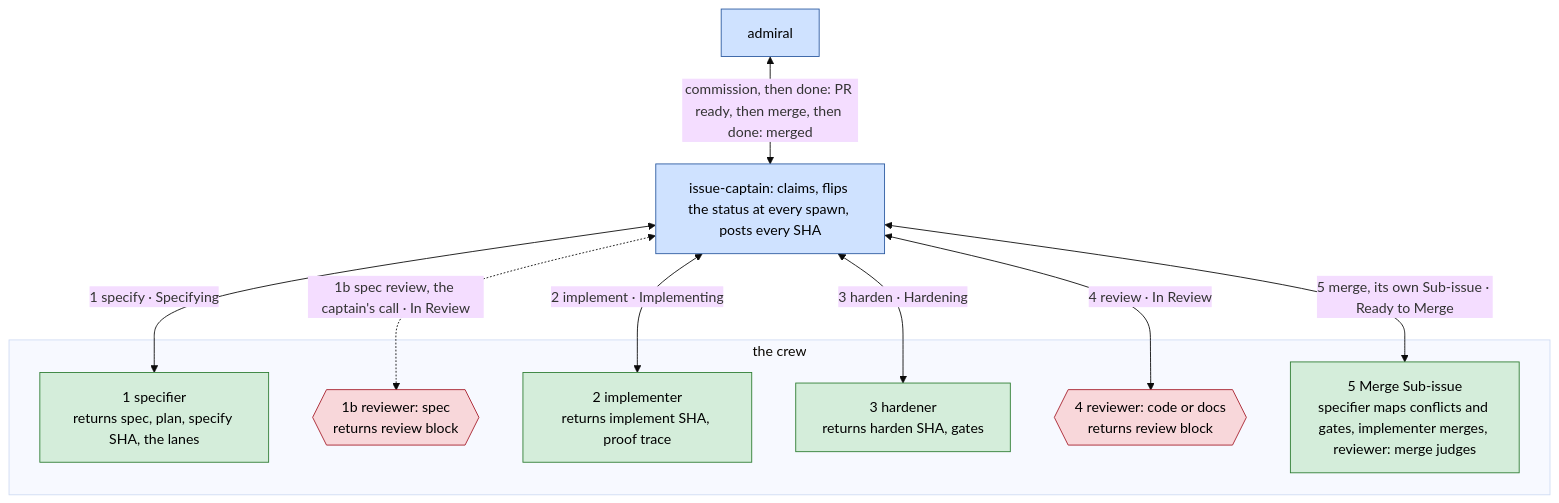
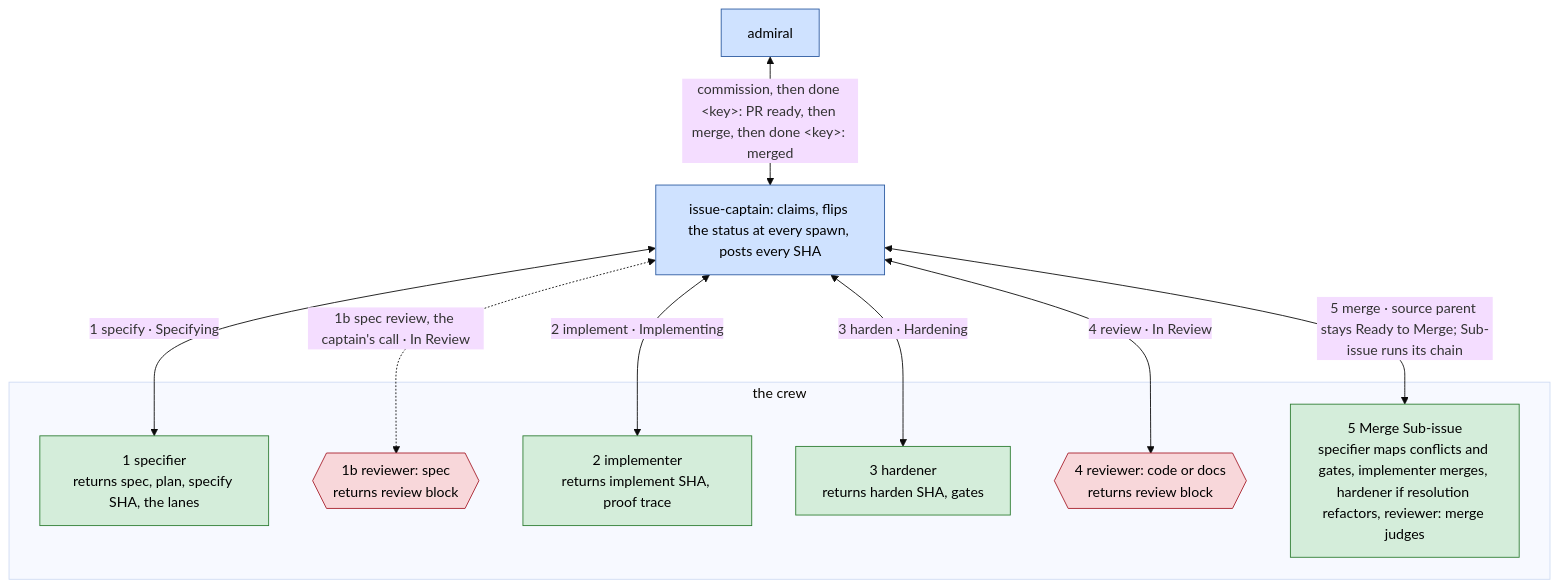
The second of 12 diagrams in dydo/understand/control-flow.md (bodnarbalazs/dydo), drawn with Mermaid (base theme) before and after one commit. The commit also changed other lines of this file and 15 other files, not shown here.

````diff
--- a/dydo/understand/control-flow.md
+++ b/dydo/understand/control-flow.md
@@ -127,22 +127,22 @@
 ```mermaid
 flowchart TD
   classDef hat fill:#cfe2ff,stroke:#2c5aa0,color:#000
   classDef worker fill:#d4edda,stroke:#2e7d32,color:#000
   classDef reviewer fill:#f8d7da,stroke:#a71d2a,color:#000
 
-  AD[admiral]:::hat <-->|"commission, then done: PR ready, then merge, then done: merged"| IC[issue-captain: claims, flips the status at every spawn, posts every SHA]:::hat
+  AD[admiral]:::hat <-->|"commission, then done &lt;key&gt;: PR ready, then merge, then done &lt;key&gt;: merged"| IC[issue-captain: claims, flips the status at every spawn, posts every SHA]:::hat
   IC <-->|"1 specify · Specifying"| SP
   IC <-.->|"1b spec review, the captain's call · In Review"| RS
   IC <-->|"2 implement · Implementing"| IM
   IC <-->|"3 harden · Hardening"| HD
   IC <-->|"4 review · In Review"| RC
-  IC <-->|"5 merge, its own Sub-issue · Ready to Merge"| MG
+  IC <-->|"5 merge · source parent stays Ready to Merge; Sub-issue runs its chain"| MG
   subgraph CREW [the crew]
     SP[1 specifier<br>returns spec, plan, specify SHA, the lanes]:::worker
     RS{{1b reviewer: spec<br>returns review block}}:::reviewer
     IM[2 implementer<br>returns implement SHA, proof trace]:::worker
     HD[3 hardener<br>returns harden SHA, gates]:::worker
     RC{{4 reviewer: code or docs<br>returns review block}}:::reviewer
-    MG[5 Merge Sub-issue<br>specifier maps conflicts and gates, implementer merges, reviewer: merge judges]:::worker
+    MG[5 Merge Sub-issue<br>specifier maps conflicts and gates, implementer merges, hardener if resolution refactors, reviewer: merge judges]:::worker
   end
 ```
````
